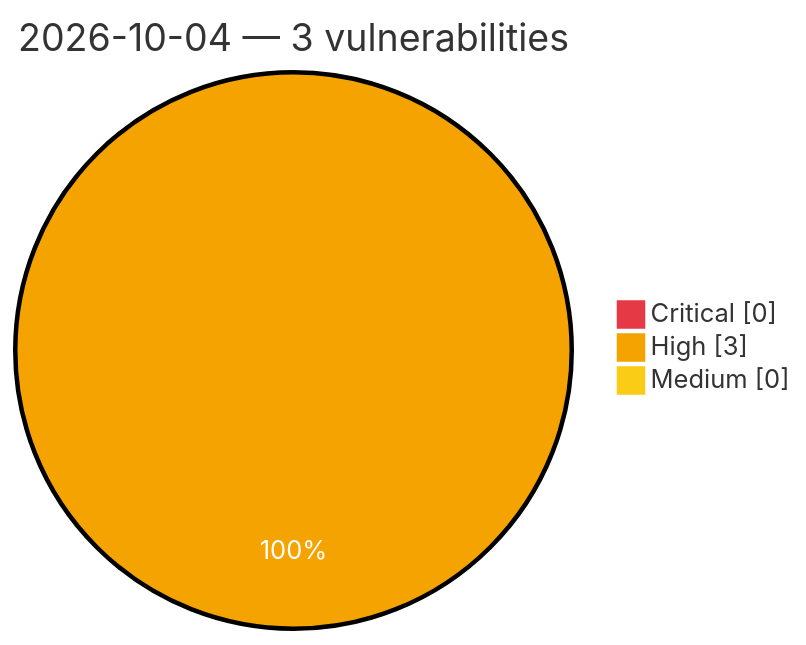
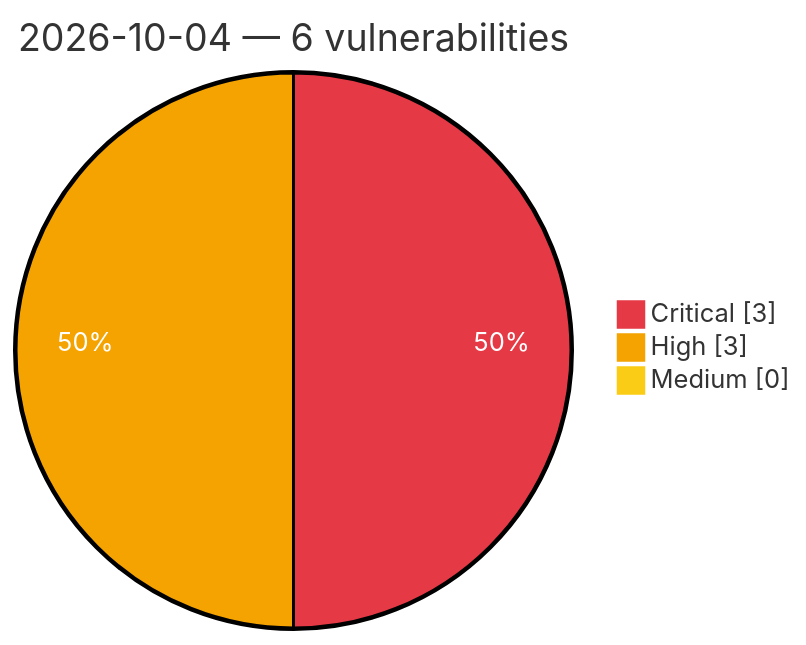
Before and after one commit to GhostX0X/vuln-tracker: the diagram in vulnerabilities/2026/October/2026-10-04.md, drawn with Mermaid. The commit also changed other lines of this file and 5 other files, not shown here.

````diff
--- a/vulnerabilities/2026/October/2026-10-04.md
+++ b/vulnerabilities/2026/October/2026-10-04.md
@@ -3,8 +3,8 @@
 ```mermaid
 %%{init: {'theme':'base', 'themeVariables': {'pie1':'#e63946', 'pie2':'#f4a300', 'pie3':'#facc15', 'pieOpacity':'1', 'pieOuterStrokeWidth':'2px', 'pieSectionTextColor':'#ffffff'}}}%%
 pie showData
-    title 2026-10-04 — 3 vulnerabilities
-    "Critical" : 0
+    title 2026-10-04 — 6 vulnerabilities
+    "Critical" : 3
     "High" : 3
     "Medium" : 0
 ```
````
